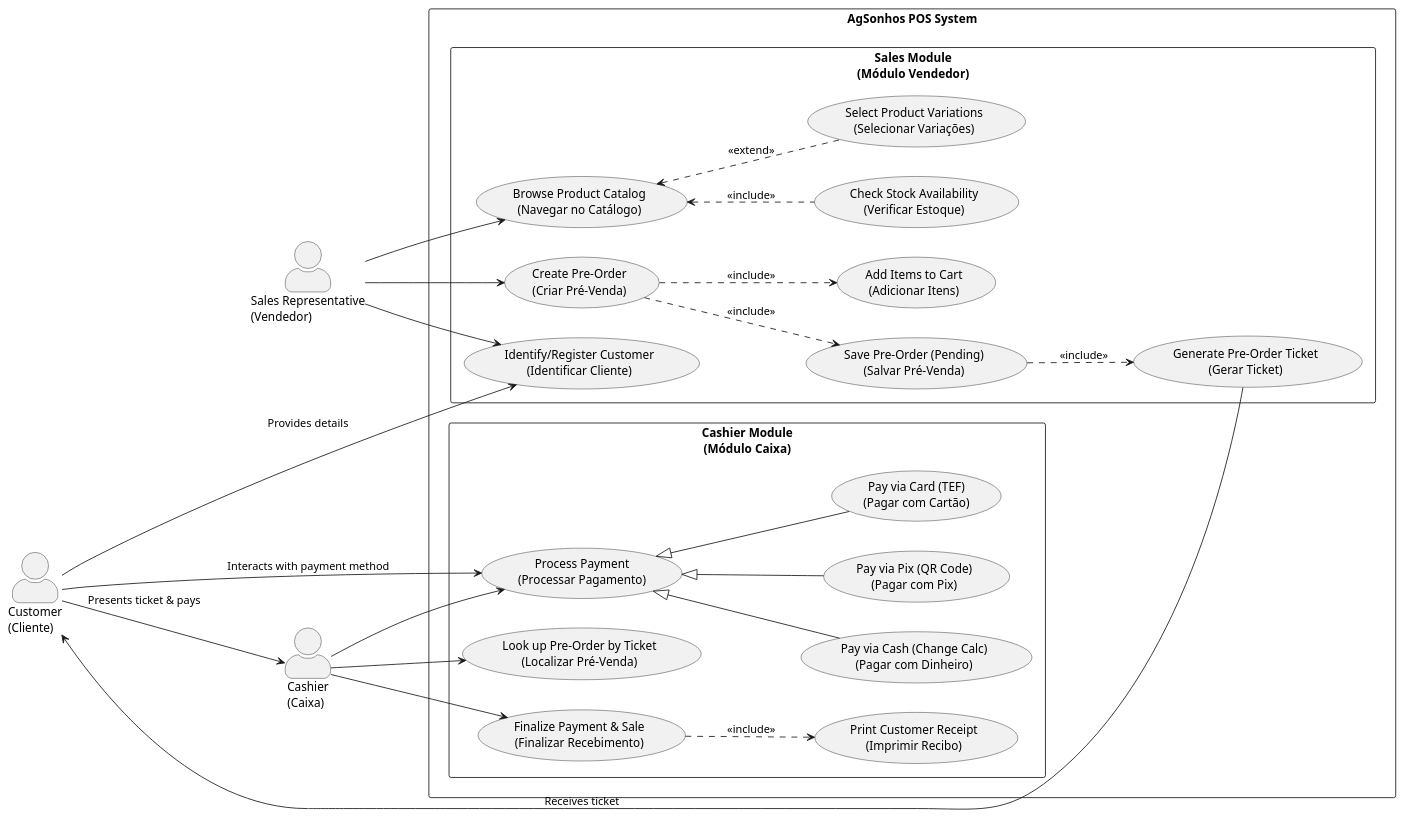
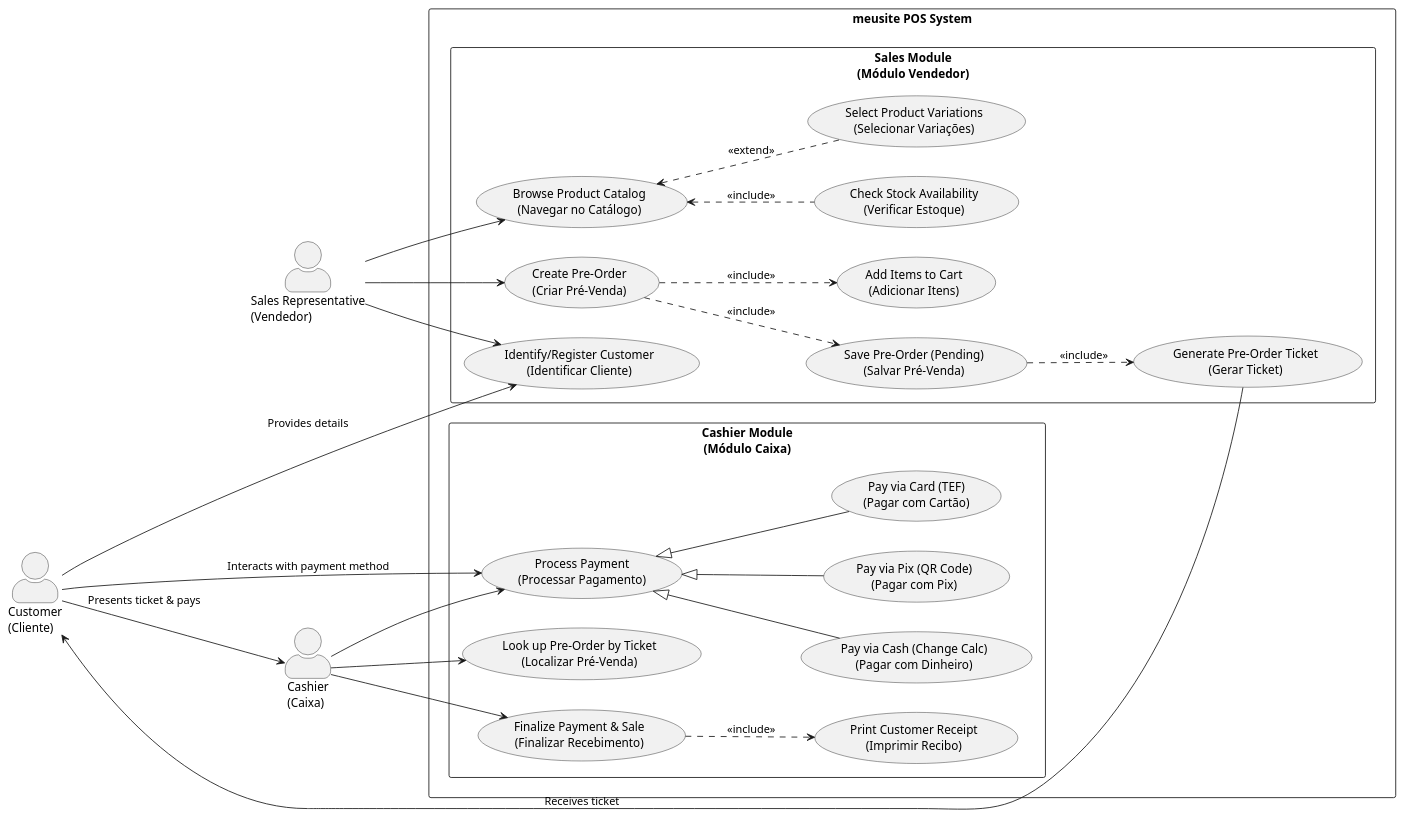
One commit to Wattrelos/Alpha_Engine changed the diagram in docs/business/use-cases/general_seller.puml. Above: the diagram before and after it, drawn with PlantUML. The commit also changed 109 other files, not shown here.

```diff
--- a/docs/business/use-cases/general_seller.puml
+++ b/docs/business/use-cases/general_seller.puml
@@ -1,66 +1,66 @@
 @startuml POS - Sales Representative & Cashier Use Cases
 
 left to right direction
 skinparam packageStyle rectangle
 skinparam shadowing false
 skinparam actorStyle awesome
 
 actor "Sales Representative\n(Vendedor)" as SalesRep
 actor "Customer\n(Cliente)" as Customer
 actor "Cashier\n(Caixa)" as Cashier
 
-rectangle "AgSonhos POS System" {
+rectangle "meusite POS System" {
     
     package "Sales Module\n(Módulo Vendedor)" {
         usecase "Browse Product Catalog\n(Navegar no Catálogo)" as UC_Catalog
         usecase "Select Product Variations\n(Selecionar Variações)" as UC_Variants
         usecase "Check Stock Availability\n(Verificar Estoque)" as UC_Stock
         usecase "Identify/Register Customer\n(Identificar Cliente)" as UC_Customer
         usecase "Create Pre-Order\n(Criar Pré-Venda)" as UC_CreateOrder
         usecase "Add Items to Cart\n(Adicionar Itens)" as UC_AddItems
         usecase "Save Pre-Order (Pending)\n(Salvar Pré-Venda)" as UC_SaveOrder
         usecase "Generate Pre-Order Ticket\n(Gerar Ticket)" as UC_Ticket
     }
     
     package "Cashier Module\n(Módulo Caixa)" {
         usecase "Look up Pre-Order by Ticket\n(Localizar Pré-Venda)" as UC_SearchOrder
         usecase "Process Payment\n(Processar Pagamento)" as UC_Payment
         usecase "Finalize Payment & Sale\n(Finalizar Recebimento)" as UC_Finalize
         usecase "Print Customer Receipt\n(Imprimir Recibo)" as UC_Receipt
         
         usecase "Pay via Pix (QR Code)\n(Pagar com Pix)" as UC_PayPix
         usecase "Pay via Card (TEF)\n(Pagar com Cartão)" as UC_PayCard
         usecase "Pay via Cash (Change Calc)\n(Pagar com Dinheiro)" as UC_PayCash
     }
 }
 
 ' Relacionamentos do Vendedor (Sales Representative)
 SalesRep --> UC_Catalog
 SalesRep --> UC_Customer
 SalesRep --> UC_CreateOrder
 
 ' Inclusões, Extensões e Generalizações no Módulo Vendedor
 UC_Catalog <.. UC_Stock : <<include>>
 UC_Catalog <.. UC_Variants : <<extend>>
 UC_CreateOrder ..> UC_AddItems : <<include>>
 UC_CreateOrder ..> UC_SaveOrder : <<include>>
 UC_SaveOrder ..> UC_Ticket : <<include>>
 
 ' Relacionamentos do Caixa (Cashier)
 Cashier --> UC_SearchOrder
 Cashier --> UC_Payment
 Cashier --> UC_Finalize
 
 ' Detalhes e Fluxos de Pagamento
 UC_Payment <|-- UC_PayPix
 UC_Payment <|-- UC_PayCard
 UC_Payment <|-- UC_PayCash
 UC_Finalize ..> UC_Receipt : <<include>>
 
 ' Interações do Cliente (Customer)
 Customer --> UC_Customer : Provides details
 Customer <-- UC_Ticket : Receives ticket
 Customer --> Cashier : Presents ticket & pays
 UC_Payment <-- Customer : Interacts with payment method
 
 @endum
```
